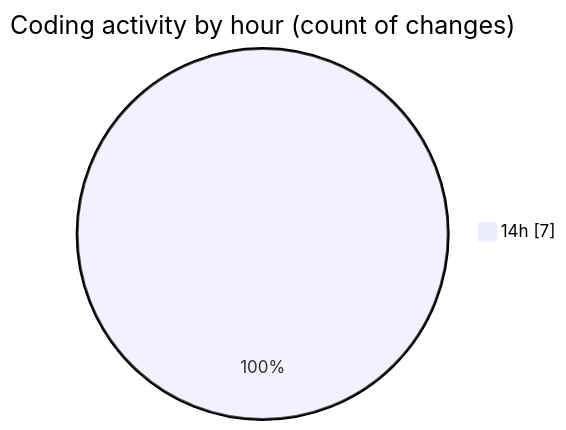
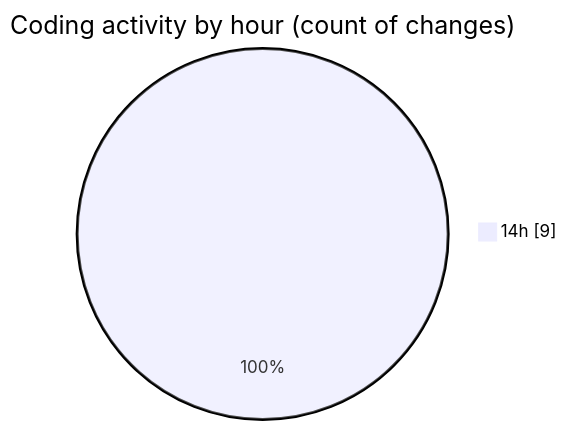
One commit to NitaiMahat/code-tracking changed the second of 2 diagrams in 2025-02-09/coding_prac_2/README.md. Above: the diagram before and after it, drawn with Mermaid. The commit also changed other lines of this file and 1 other file, not shown here.

````diff
--- a/2025-02-09/coding_prac_2/README.md
+++ b/2025-02-09/coding_prac_2/README.md
@@ -28,5 +28,5 @@
 ```mermaid
 pie showData
 title Coding activity by hour (count of changes)
-"14h" : 7
+"14h" : 9
 ```
````
